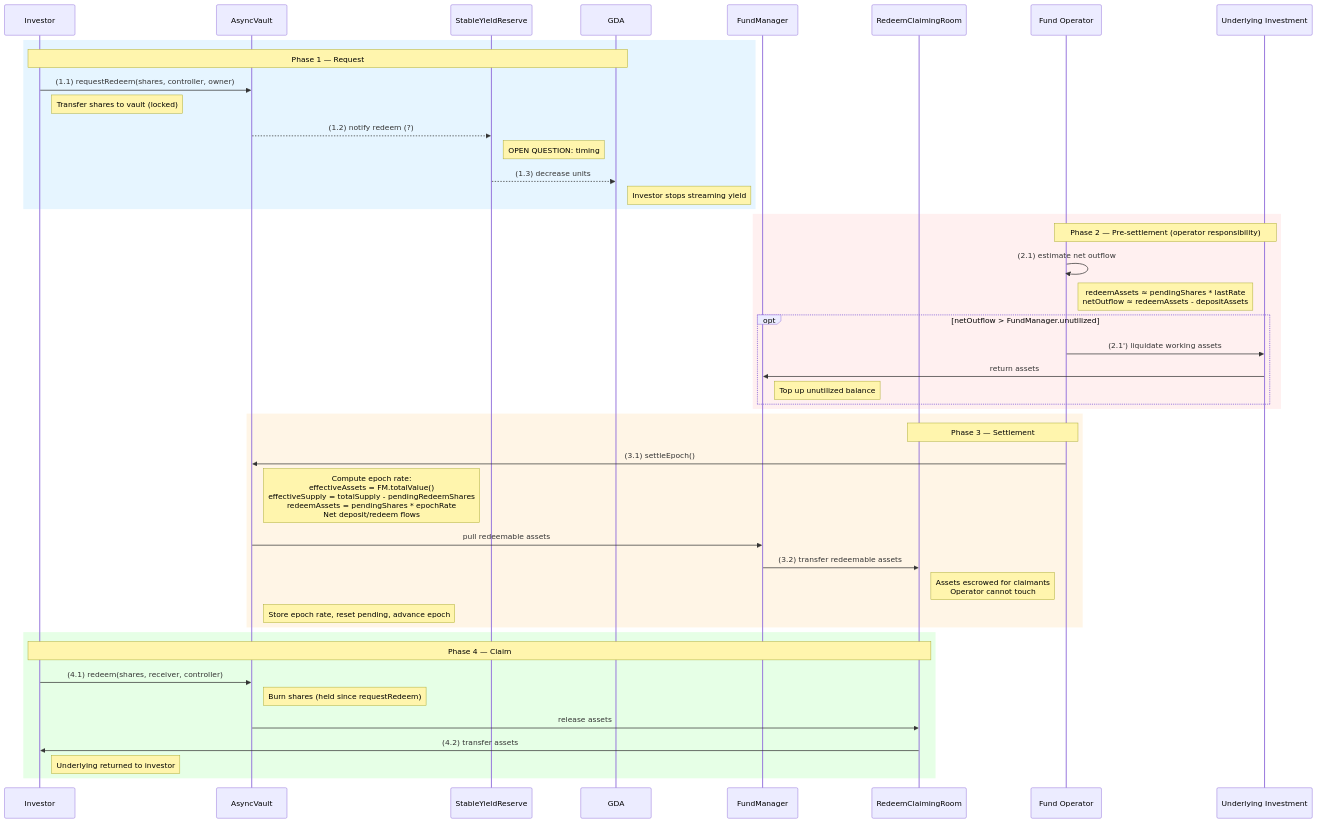
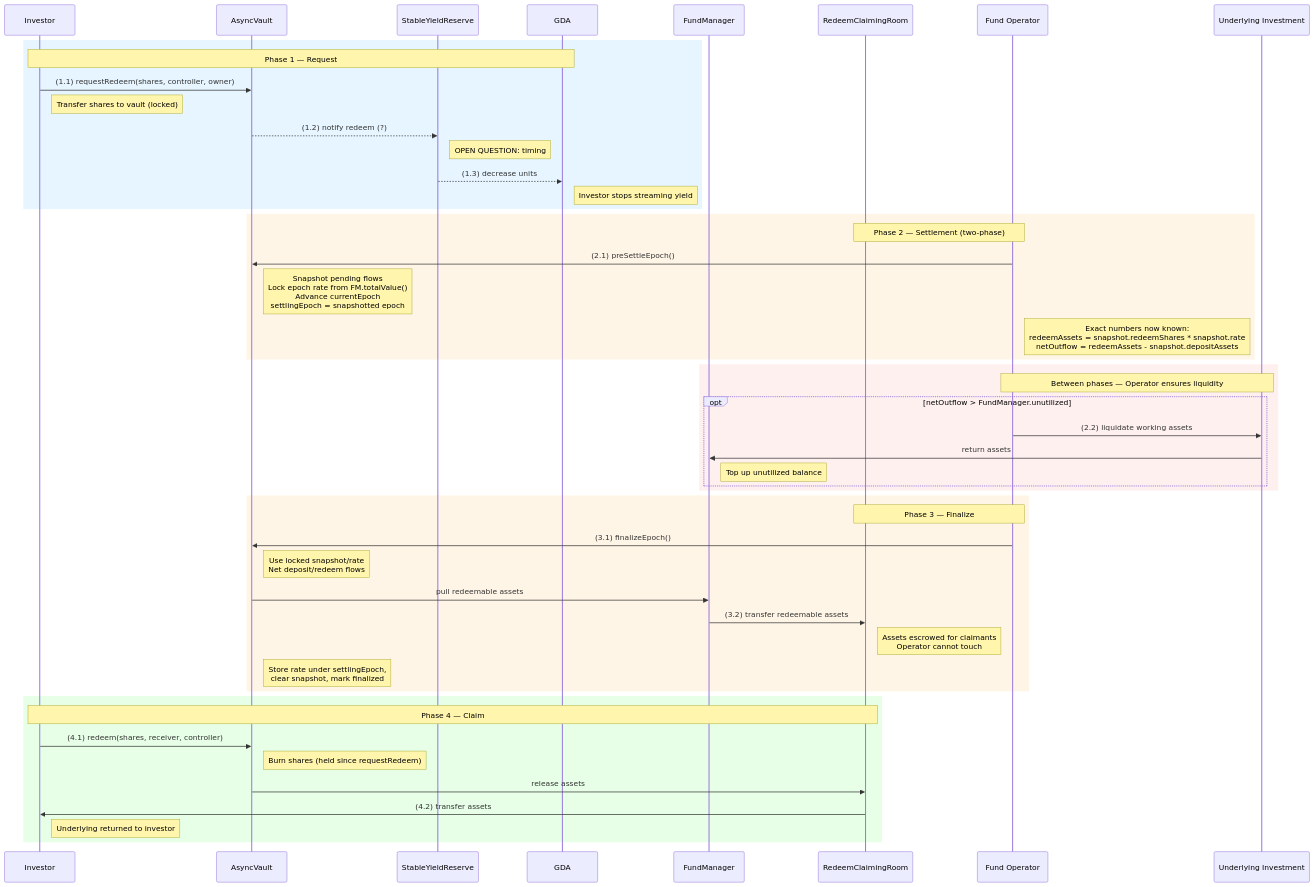
One commit to superfluid-org/stable-yield-vault changed the diagram in docs/flow/redeem-flow.md. Above: the diagram before and after it, drawn with Mermaid. The commit also changed other lines of this file and 3 other files, not shown here.

Commit message:
docs: add 2-phase settlement

````diff
--- a/docs/flow/redeem-flow.md
+++ b/docs/flow/redeem-flow.md
@@ -25,51 +25,56 @@
 ```mermaid
 sequenceDiagram
     participant I as Investor
     participant AV as AsyncVault
     participant SYR as StableYieldReserve
     participant GDA as GDA
     participant FM as FundManager
     participant RCR as RedeemClaimingRoom
     participant FO as Fund Operator
     participant INV as Underlying Investment
 
     rect rgb(230, 245, 255)
     Note over I, GDA: Phase 1 — Request
     I->>AV: (1.1) requestRedeem(shares, controller, owner)
     Note right of I: Transfer shares to vault (locked)
     AV-->>SYR: (1.2) notify redeem (?)
     Note right of SYR: OPEN QUESTION: timing
     SYR-->>GDA: (1.3) decrease units
     Note right of GDA: Investor stops streaming yield
     end
 
+    rect rgb(255, 245, 230)
+    Note over FO, RCR: Phase 2 — Settlement (two-phase)
+    FO->>AV: (2.1) preSettleEpoch()
+    Note right of AV: Snapshot pending flows<br/>Lock epoch rate from FM.totalValue()<br/>Advance currentEpoch<br/>settlingEpoch = snapshotted epoch
+    Note right of FO: Exact numbers now known:<br/>redeemAssets = snapshot.redeemShares * snapshot.rate<br/>netOutflow = redeemAssets - snapshot.depositAssets
+    end
+
     rect rgb(255, 240, 240)
-    Note over FO, INV: Phase 2 — Pre-settlement (operator responsibility)
-    FO->>FO: (2.1) estimate net outflow
-    Note right of FO: redeemAssets ≈ pendingShares * lastRate<br/>netOutflow ≈ redeemAssets - depositAssets
+    Note over FO, INV: Between phases — Operator ensures liquidity
     opt netOutflow > FundManager.unutilized
-        FO->>INV: (2.1') liquidate working assets
+        FO->>INV: (2.2) liquidate working assets
         INV->>FM: return assets
         Note right of FM: Top up unutilized balance
     end
     end
 
     rect rgb(255, 245, 230)
-    Note over FO, RCR: Phase 3 — Settlement
-    FO->>AV: (3.1) settleEpoch()
-    Note right of AV: Compute epoch rate:<br/>effectiveAssets = FM.totalValue()<br/>effectiveSupply = totalSupply - pendingRedeemShares<br/>redeemAssets = pendingShares * epochRate<br/>Net deposit/redeem flows
+    Note over FO, RCR: Phase 3 — Finalize
+    FO->>AV: (3.1) finalizeEpoch()
+    Note right of AV: Use locked snapshot/rate<br/>Net deposit/redeem flows
     AV->>FM: pull redeemable assets
     FM->>RCR: (3.2) transfer redeemable assets
     Note right of RCR: Assets escrowed for claimants<br/>Operator cannot touch
-    Note right of AV: Store epoch rate, reset pending, advance epoch
+    Note right of AV: Store rate under settlingEpoch,<br/>clear snapshot, mark finalized
     end
 
     rect rgb(230, 255, 230)
     Note over I, RCR: Phase 4 — Claim
     I->>AV: (4.1) redeem(shares, receiver, controller)
     Note right of AV: Burn shares (held since requestRedeem)
     AV->>RCR: release assets
     RCR->>I: (4.2) transfer assets
     Note right of I: Underlying returned to investor
     end
 ```
````
